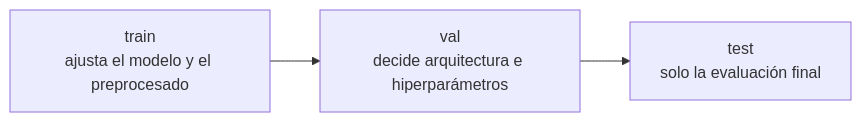
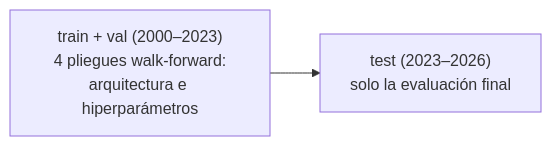
The third of 3 diagrams in README.md (alejandrobarreche/oil-rnn), drawn with Mermaid before and after one commit. The commit also changed other lines of this file and 1 other file, not shown here.

Commit message:
docs(readme): resultados de validación y test por red y horizonte

````diff
--- a/README.md
+++ b/README.md
@@ -62,4 +63,4 @@
 ```mermaid
 flowchart LR
-    T["train<br/>ajusta el modelo y el preprocesado"] --> V["val<br/>decide arquitectura e hiperparámetros"] --> S["test<br/>solo la evaluación final"]
+    T["train + val (2000–2023)<br/>4 pliegues walk-forward:<br/>arquitectura e hiperparámetros"] --> S["test (2023–2026)<br/>solo la evaluación final"]
 ```
````
